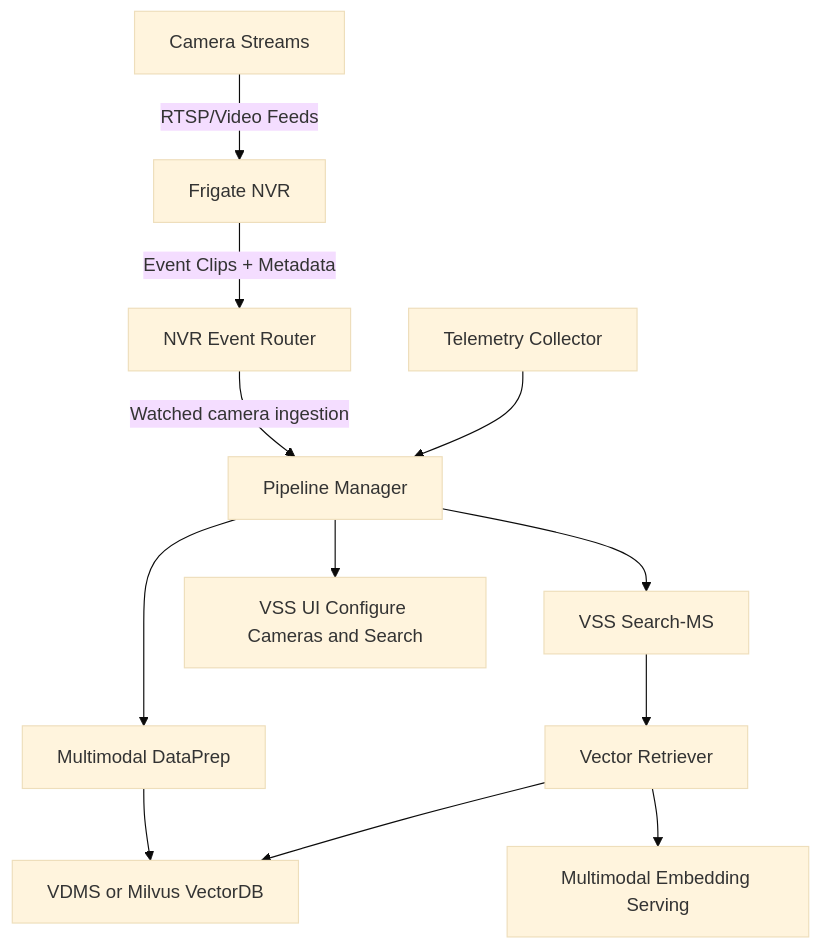
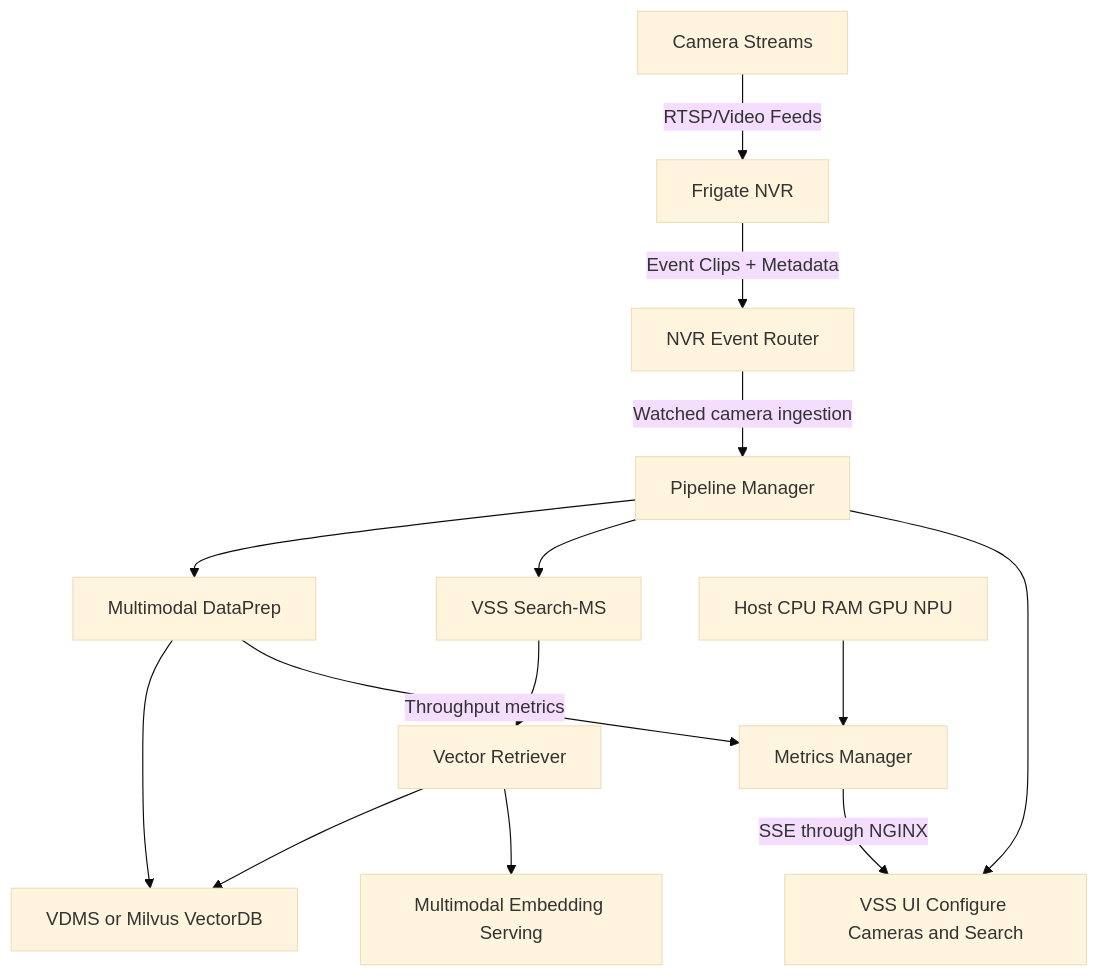
The diagram in metro-ai-suite/live-video-analysis/live-video-search/README.md (open-edge-platform/edge-ai-suites), drawn with Mermaid (base theme) before and after one commit. The commit also changed other lines of this file and 43 other files, not shown here.

First line of the commit message:
feat(lvs): integrate multimodal DataPrep and Metrics Manager

````diff
--- a/metro-ai-suite/live-video-analysis/live-video-search/README.md
+++ b/metro-ai-suite/live-video-analysis/live-video-search/README.md
@@ -18,14 +18,16 @@
 ```mermaid
 graph TD
   A[Camera Streams] -->|RTSP/Video Feeds| B[Frigate NVR]
   B -->|Event Clips + Metadata| C[NVR Event Router]
   C -->|Watched camera ingestion| H[Pipeline Manager]
   H --> D[Multimodal DataPrep]
   D --> G[VDMS or Milvus VectorDB]
   H --> E[VSS Search‑MS]
   E --> R[Vector Retriever]
   R --> G
   R --> M[Multimodal Embedding Serving]
   H --> I[VSS UI Configure Cameras and Search]
-  K[Telemetry Collector] --> H
+  L[Host CPU RAM GPU NPU] --> K[Metrics Manager]
+  D -->|Throughput metrics| K[Metrics Manager]
+  K -->|SSE through NGINX| I
 ```
````
